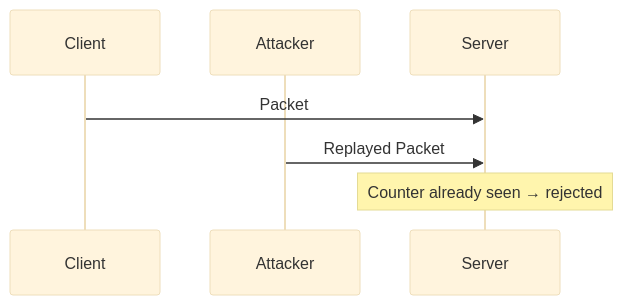
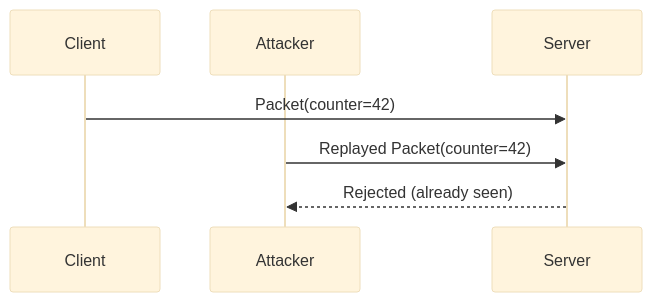
Before and after one commit to NESTREN/security-connect-protocol: the fifth of 6 diagrams in README.md, drawn with Mermaid (base theme). The commit also changed other lines of this file and 4 other files, not shown here.

Commit message:
Polish README with badges, diagrams, attack scenarios and usage guide

````diff
--- a/README.md
+++ b/README.md
@@ -151,10 +124,10 @@
 ```mermaid
 sequenceDiagram
-    participant Client
-    participant Attacker
-    participant Server
+    participant C as Client
+    participant A as Attacker
+    participant S as Server
 
-    Client->>Server: Packet #42
-    Attacker->>Server: Replayed Packet #42
-    Note over Server: Counter already seen → rejected
+    C->>S: Packet(counter=42)
+    A->>S: Replayed Packet(counter=42)
+    S-->>A: Rejected (already seen)
 ```
````
